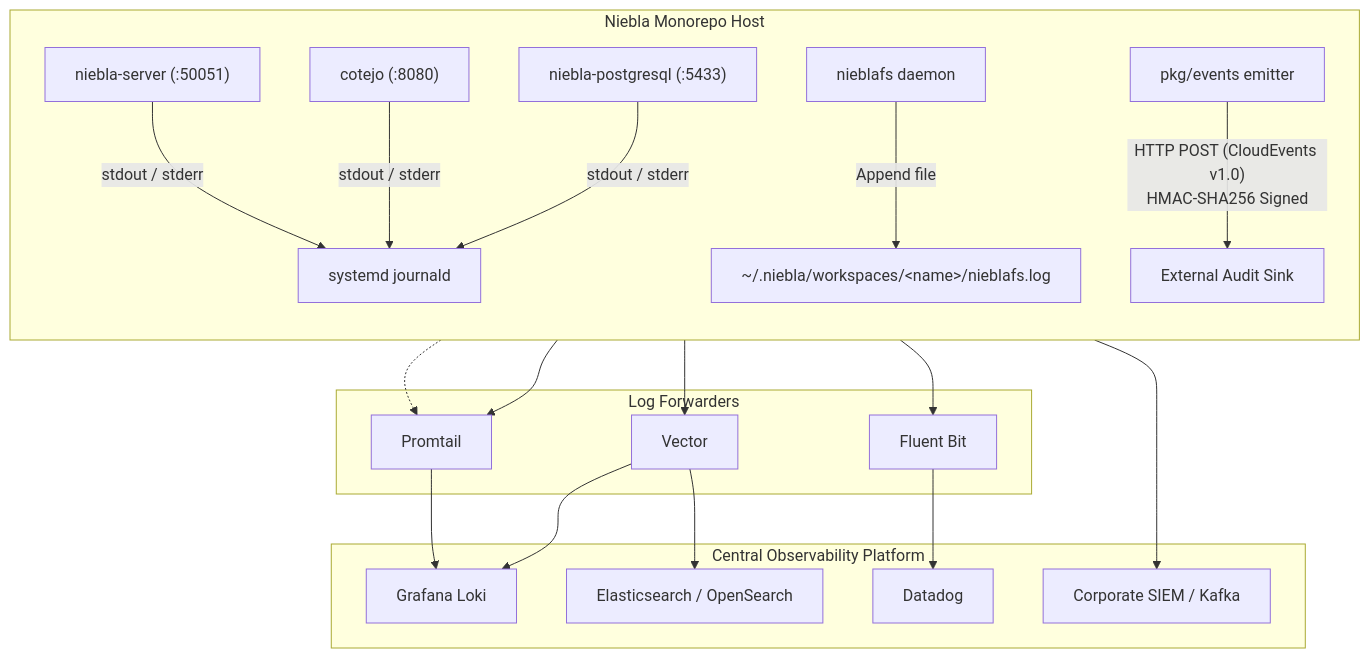
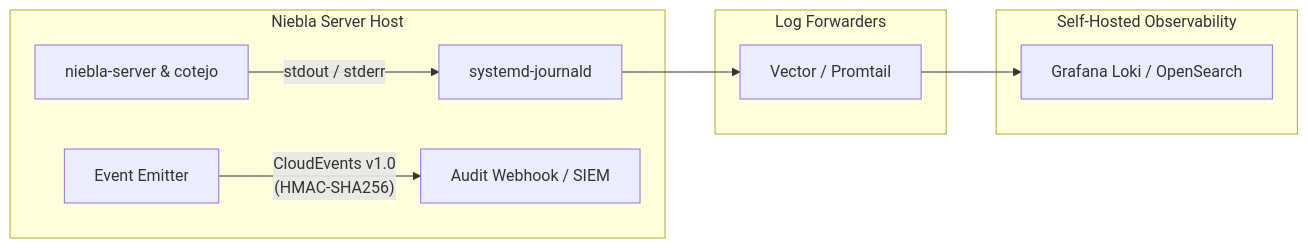
The diagram in docs-site/src/content/docs/recipes/logging-observability.md (mrtnzjsh/niebla), drawn with Mermaid before and after one commit. The commit also changed other lines of this file and 40 other files, not shown here.

````diff
--- a/docs-site/src/content/docs/recipes/logging-observability.md
+++ b/docs-site/src/content/docs/recipes/logging-observability.md
@@ -21,37 +15,17 @@
 ```mermaid
-flowchart TD
-    subgraph Host["Niebla Monorepo Host"]
-        direction TB
-        S1["niebla-server (:50051)"] -->|"stdout / stderr"| J1["systemd journald"]
-        S2["cotejo (:8080)"] -->|"stdout / stderr"| J1
-        S3["niebla-postgresql (:5433)"] -->|"stdout / stderr"| J1
-
-        W1["nieblafs daemon"] -->|"Append file"| L1["~/.niebla/workspaces/&lt;name&gt;/nieblafs.log"]
-
-        Events["pkg/events emitter"] -->|"HTTP POST (CloudEvents v1.0)<br/>HMAC-SHA256 Signed"| Webhook["External Audit Sink"]
+flowchart LR
+    subgraph Host["Niebla Server Host"]
+        Daemons["niebla-server &amp; cotejo"] -->|"stdout / stderr"| Journald["systemd-journald"]
+        Events["Event Emitter"] -->|"CloudEvents v1.0<br/>(HMAC-SHA256)"| SIEM["Audit Webhook / SIEM"]
     end
 
     subgraph Shippers["Log Forwarders"]
-        V["Vector"]
-        P["Promtail"]
-        FB["Fluent Bit"]
+        Vector["Vector / Promtail"]
     end
 
-    subgraph Central["Central Observability Platform"]
-        Loki["Grafana Loki"]
-        ES["Elasticsearch / OpenSearch"]
-        DD["Datadog"]
-        SIEM["Corporate SIEM / Kafka"]
+    subgraph Sink["Self-Hosted Observability"]
+        Loki["Grafana Loki / OpenSearch"]
     end
 
-    J1 --> V
-    J1 --> P
-    J1 --> FB
-    L1 -.-> P
-
-    V --> Loki
-    V --> ES
-    P --> Loki
-    FB --> DD
-    Webhook --> SIEM
+    Journald --> Vector --> Loki
 ```
````
